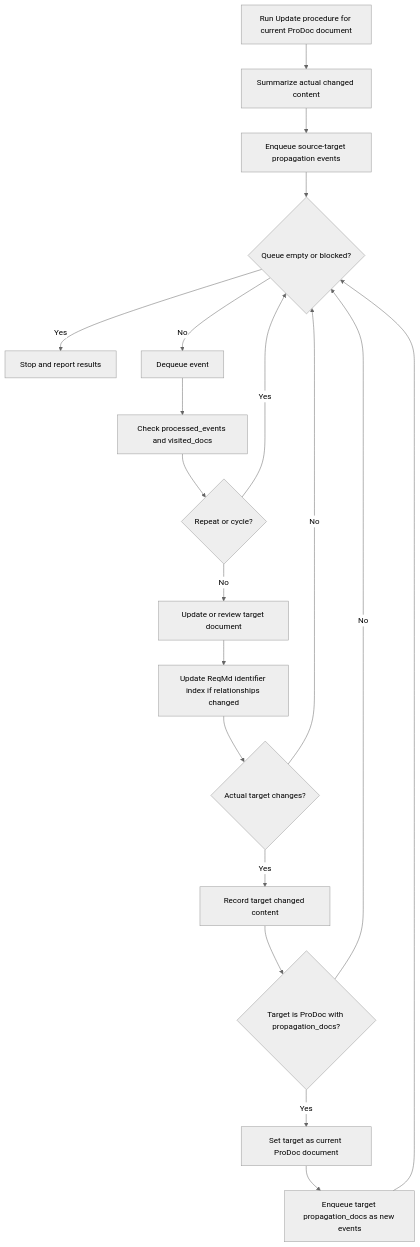
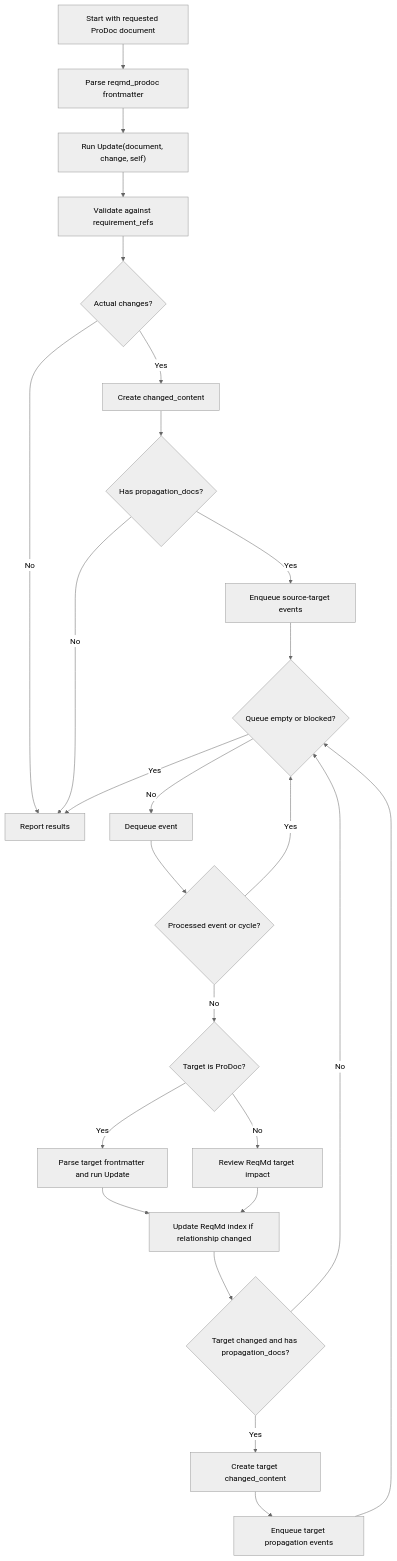
Before and after one commit to wizest/reqmd: the diagram in reqmd/programmable_documentation.md, drawn with Mermaid (neutral theme). The commit also changed other lines of this file, not shown here.

Commit message:
Clarify ProDoc propagation workflow

````diff
--- a/reqmd/programmable_documentation.md
+++ b/reqmd/programmable_documentation.md
@@ -242,21 +264,27 @@
 ```mermaid
 flowchart TD
-    A[Run Update procedure for current ProDoc document] --> B[Summarize actual changed content]
-    B --> C[Enqueue source-target propagation events]
-    C --> D{Queue empty or blocked?}
-    D -->|Yes| Z[Stop and report results]
-    D -->|No| E[Dequeue event]
-    E --> F[Check processed_events and visited_docs]
-    F --> G{Repeat or cycle?}
-    G -->|Yes| D
-    G -->|No| H[Update or review target document]
-    H --> I[Update ReqMd identifier index if relationships changed]
-    I --> J{Actual target changes?}
-    J -->|No| D
-    J -->|Yes| K[Record target changed content]
-    K --> L{Target is ProDoc with propagation_docs?}
-    L -->|No| D
-    L -->|Yes| M[Set target as current ProDoc document]
-    M --> N[Enqueue target propagation_docs as new events]
-    N --> D
+    A["Start with requested ProDoc document"] --> B["Parse reqmd_prodoc frontmatter"]
+    B --> C["Run Update(document, change, self)"]
+    C --> D["Validate against requirement_refs"]
+    D --> E{"Actual changes?"}
+    E -->|No| Z["Report results"]
+    E -->|Yes| F["Create changed_content"]
+    F --> G{"Has propagation_docs?"}
+    G -->|No| Z
+    G -->|Yes| H["Enqueue source-target events"]
+    H --> I{"Queue empty or blocked?"}
+    I -->|Yes| Z
+    I -->|No| J["Dequeue event"]
+    J --> K{"Processed event or cycle?"}
+    K -->|Yes| I
+    K -->|No| L{"Target is ProDoc?"}
+    L -->|Yes| M["Parse target frontmatter and run Update"]
+    L -->|No| R["Review ReqMd target impact"]
+    M --> N["Update ReqMd index if relationship changed"]
+    R --> N
+    N --> O{"Target changed and has propagation_docs?"}
+    O -->|No| I
+    O -->|Yes| P["Create target changed_content"]
+    P --> Q["Enqueue target propagation events"]
+    Q --> I
 ```
````
